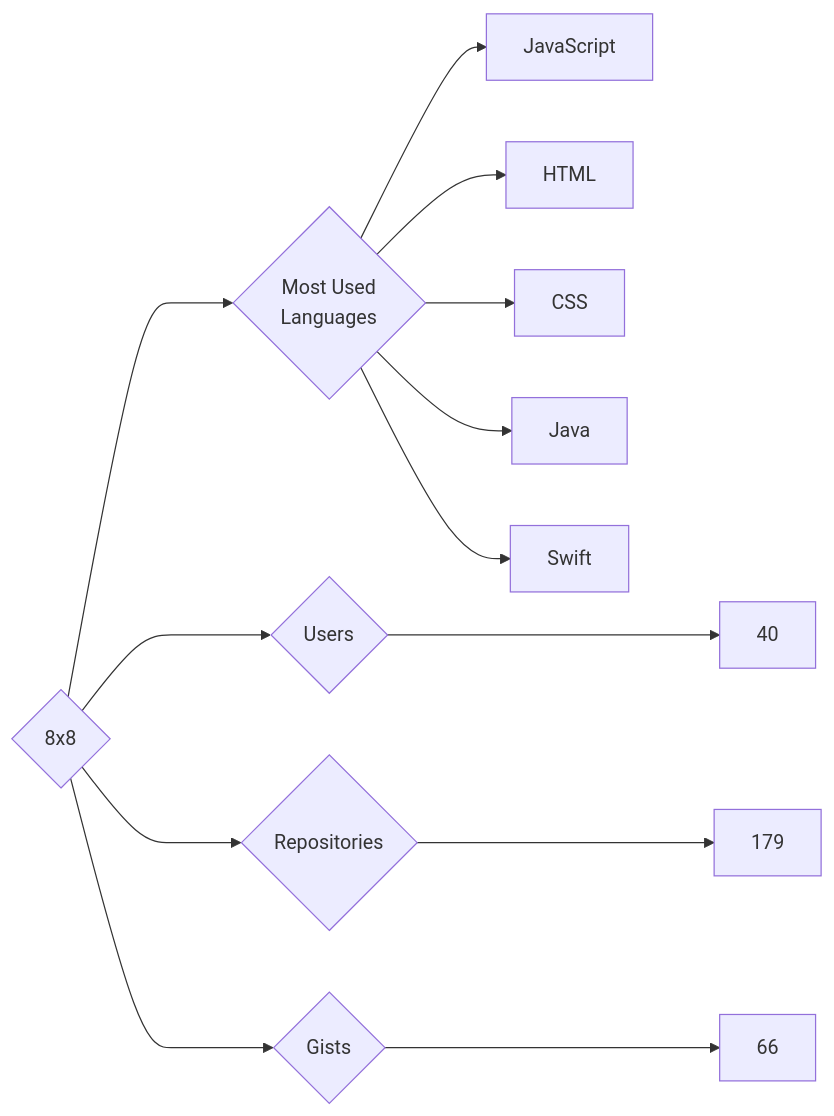
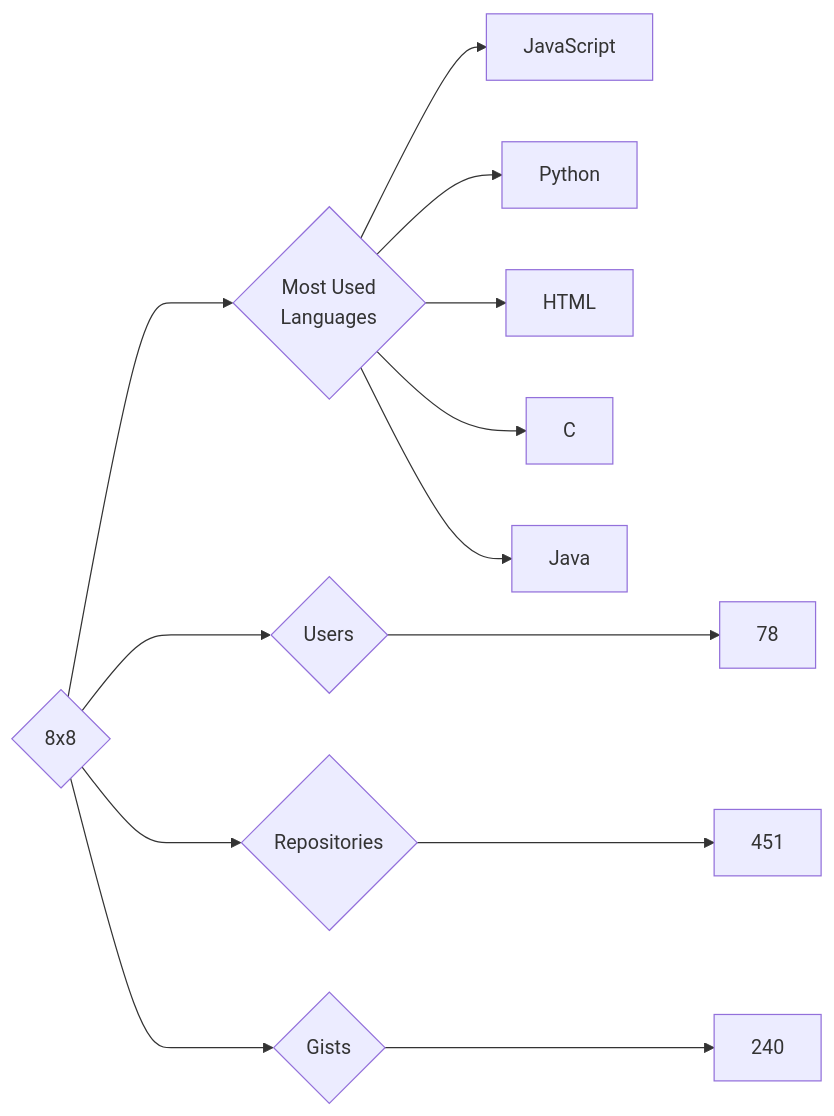
The diagram in targets/8x8/README.md (trickest/insiders), drawn with Mermaid before and after one commit. The commit also changed 594 other files, not shown here.

````diff
--- a/targets/8x8/README.md
+++ b/targets/8x8/README.md
@@ -3,13 +3,13 @@
 ```mermaid
 graph LR
 COMPANY_NAME{8x8}
-COMPANY_NAME ---> U{Users} ---> UN[40]
-COMPANY_NAME ---> R{Repositories} ---> RN[179]
-COMPANY_NAME ---> G{Gists} ---> GN[66]
+COMPANY_NAME ---> U{Users} ---> UN[78]
+COMPANY_NAME ---> R{Repositories} ---> RN[451]
+COMPANY_NAME ---> G{Gists} ---> GN[240]
 COMPANY_NAME ---> ML{Most Used<br>Languages}
 ML --> JavaScript[JavaScript]
+ML --> Python[Python]
 ML --> HTML[HTML]
-ML --> CSS[CSS]
+ML --> C[C]
 ML --> Java[Java]
-ML --> Swift[Swift]
 ```
````
